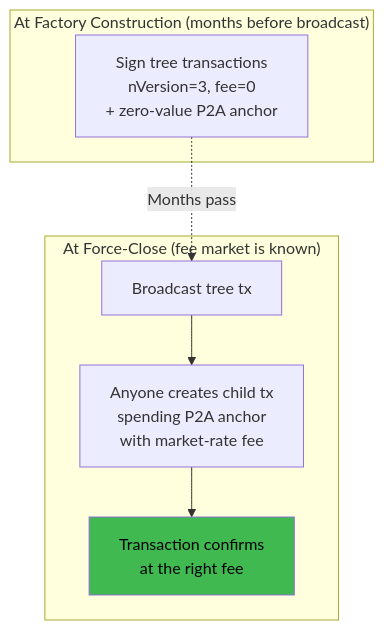
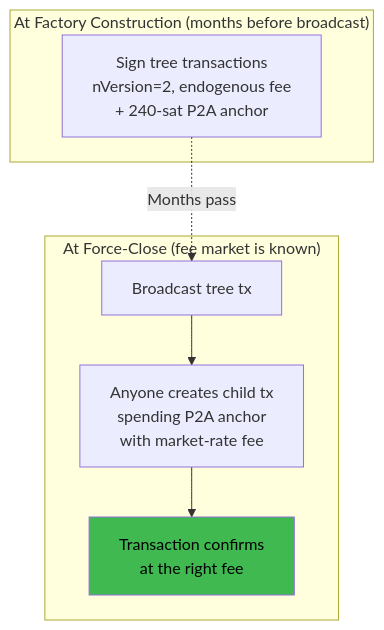
Before and after one commit to 8144225309/superscalar-docs: the diagram in extensions/ephemeral-anchors.md, drawn with Mermaid. The commit also changed other lines of this file and 5 other files, not shown here.

````diff
--- a/extensions/ephemeral-anchors.md
+++ b/extensions/ephemeral-anchors.md
@@ -36,15 +38,15 @@
 ```mermaid
 graph TD
     subgraph "At Factory Construction (months before broadcast)"
-        SIGN["Sign tree transactions<br/>nVersion=3, fee=0<br/>+ zero-value P2A anchor"]
+        SIGN["Sign tree transactions<br/>nVersion=2, endogenous fee<br/>+ 240-sat P2A anchor"]
     end
 
     subgraph "At Force-Close (fee market is known)"
         BC["Broadcast tree tx"] --> CPFP["Anyone creates child tx<br/>spending P2A anchor<br/>with market-rate fee"]
         CPFP --> CONFIRM["Transaction confirms<br/>at the right fee"]
     end
 
     SIGN -.->|"Months pass"| BC
 
     style CONFIRM fill:#3fb950,color:#000
 ```
````
